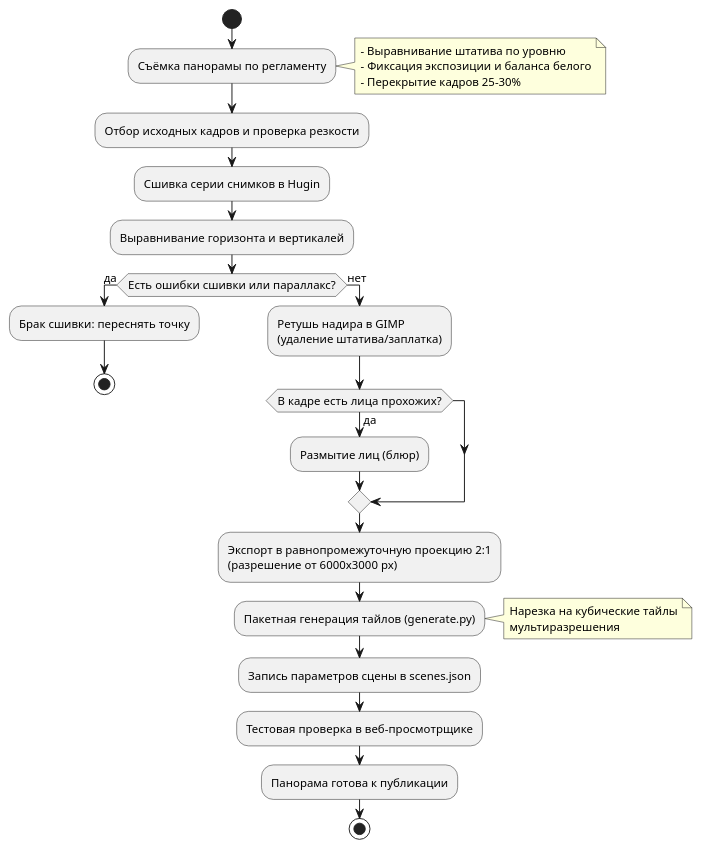
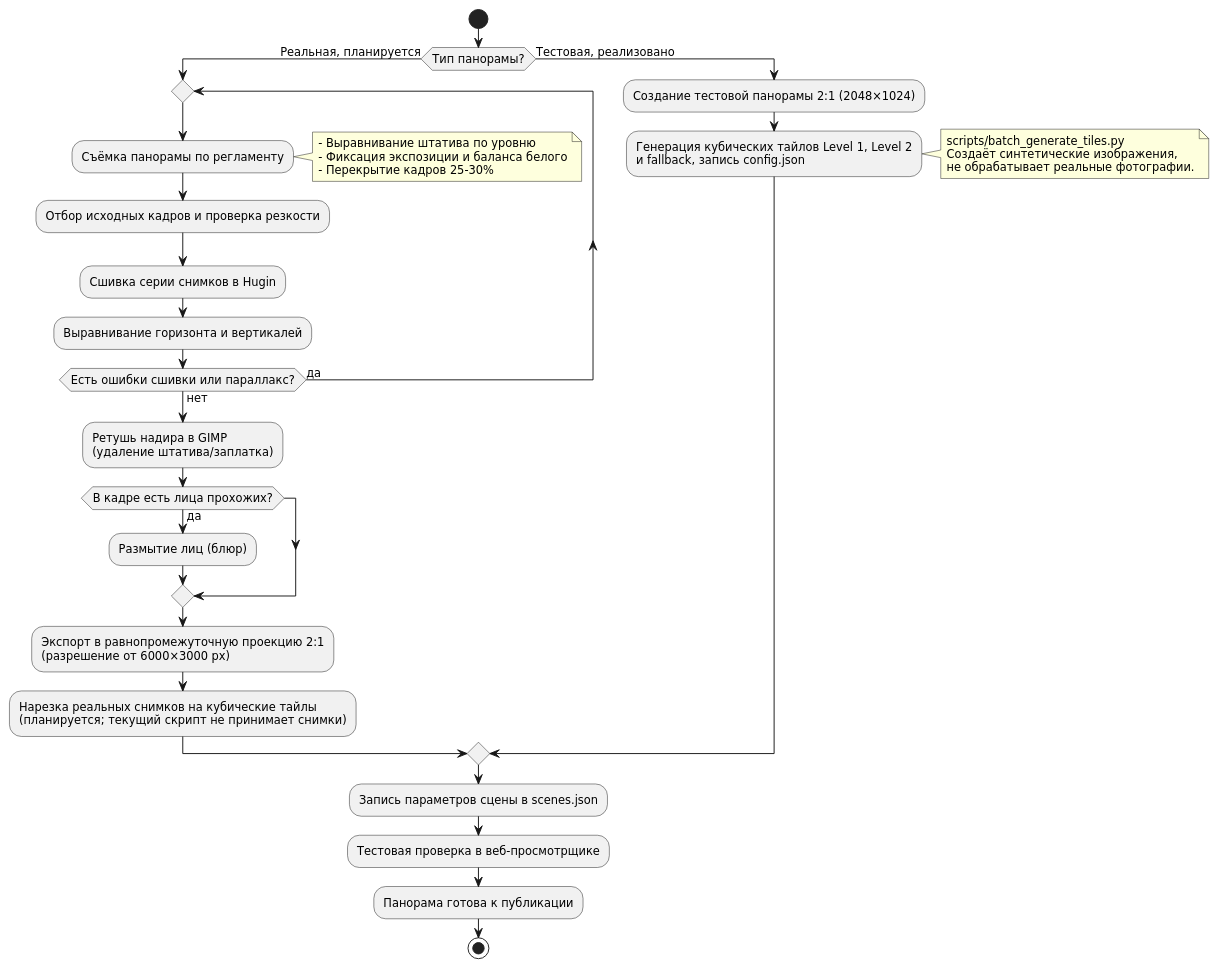
Before and after one commit to Ely1266/miigaik-virtual-tour: the diagram in docs/uml/activity_panorama.puml, drawn with PlantUML. The commit also changed 3 other files, not shown here.

Commit message:
Уточнить поведенческие диаграммы приложения

```diff
--- a/docs/uml/activity_panorama.puml
+++ b/docs/uml/activity_panorama.puml
@@ -1,46 +1,37 @@
 @startuml activity_panorama
-skinparam defaultFontName "Segoe UI", Arial, sans-serif
+skinparam defaultFontName "DejaVu Sans"
 skinparam defaultFontSize 12
 
 start
-
-:Съёмка панорамы по регламенту;
-note right
-  - Выравнивание штатива по уровню
-  - Фиксация экспозиции и баланса белого
-  - Перекрытие кадров 25-30%
-end note
-
-:Отбор исходных кадров и проверка резкости;
-
-:Сшивка серии снимков в Hugin;
-
-:Выравнивание горизонта и вертикалей;
-
-if (Есть ошибки сшивки или параллакс?) then (да)
-  :Брак сшивки: переснять точку;
-  stop
-else (нет)
+if (Тип панорамы?) then (Реальная, планируется)
+  repeat
+    :Съёмка панорамы по регламенту;
+    note right
+      - Выравнивание штатива по уровню
+      - Фиксация экспозиции и баланса белого
+      - Перекрытие кадров 25–30%
+    end note
+    :Отбор исходных кадров и проверка резкости;
+    :Сшивка серии снимков в Hugin;
+    :Выравнивание горизонта и вертикалей;
+  repeat while (Есть ошибки сшивки или параллакс?) is (да) not (нет)
   :Ретушь надира в GIMP\n(удаление штатива/заплатка);
-  
   if (В кадре есть лица прохожих?) then (да)
     :Размытие лиц (блюр);
   endif
-
-  :Экспорт в равнопромежуточную проекцию 2:1\n(разрешение от 6000x3000 px);
-
-  :Пакетная генерация тайлов (generate.py);
+  :Экспорт в равнопромежуточную проекцию 2:1\n(разрешение от 6000×3000 px);
+  :Нарезка реальных снимков на кубические тайлы\n(планируется; текущий скрипт не принимает снимки);
+else (Тестовая, реализовано)
+  :Создание тестовой панорамы 2:1 (2048×1024); 
+  :Генерация кубических тайлов Level 1, Level 2\nи fallback, запись config.json;
   note right
-    Нарезка на кубические тайлы
-    мультиразрешения
+    scripts/batch_generate_tiles.py
+    Создаёт синтетические изображения,
+    не обрабатывает реальные фотографии.
   end note
-
-  :Запись параметров сцены в scenes.json;
-
-  :Тестовая проверка в веб-просмотрщике;
-
-  :Панорама готова к публикации;
-  stop
 endif
-
+:Запись параметров сцены в scenes.json;
+:Тестовая проверка в веб-просмотрщике;
+:Панорама готова к публикации;
+stop
 @enduml
```
